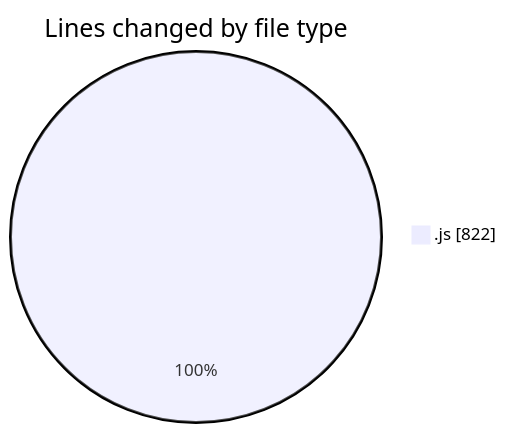
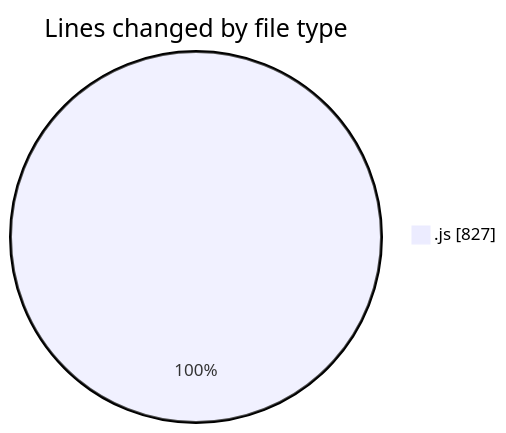
The first of 2 diagrams in 2025-12-29/nxtqube_webapp/README.md (nxtqubesakshisongat/code-tracking), drawn with Mermaid before and after one commit. The commit also changed other lines of this file and 1 other file, not shown here.

````diff
--- a/2025-12-29/nxtqube_webapp/README.md
+++ b/2025-12-29/nxtqube_webapp/README.md
@@ -20,5 +20,5 @@
 ```mermaid
 pie showData
 title Lines changed by file type
-".js" : 822
+".js" : 827
 ```
````
